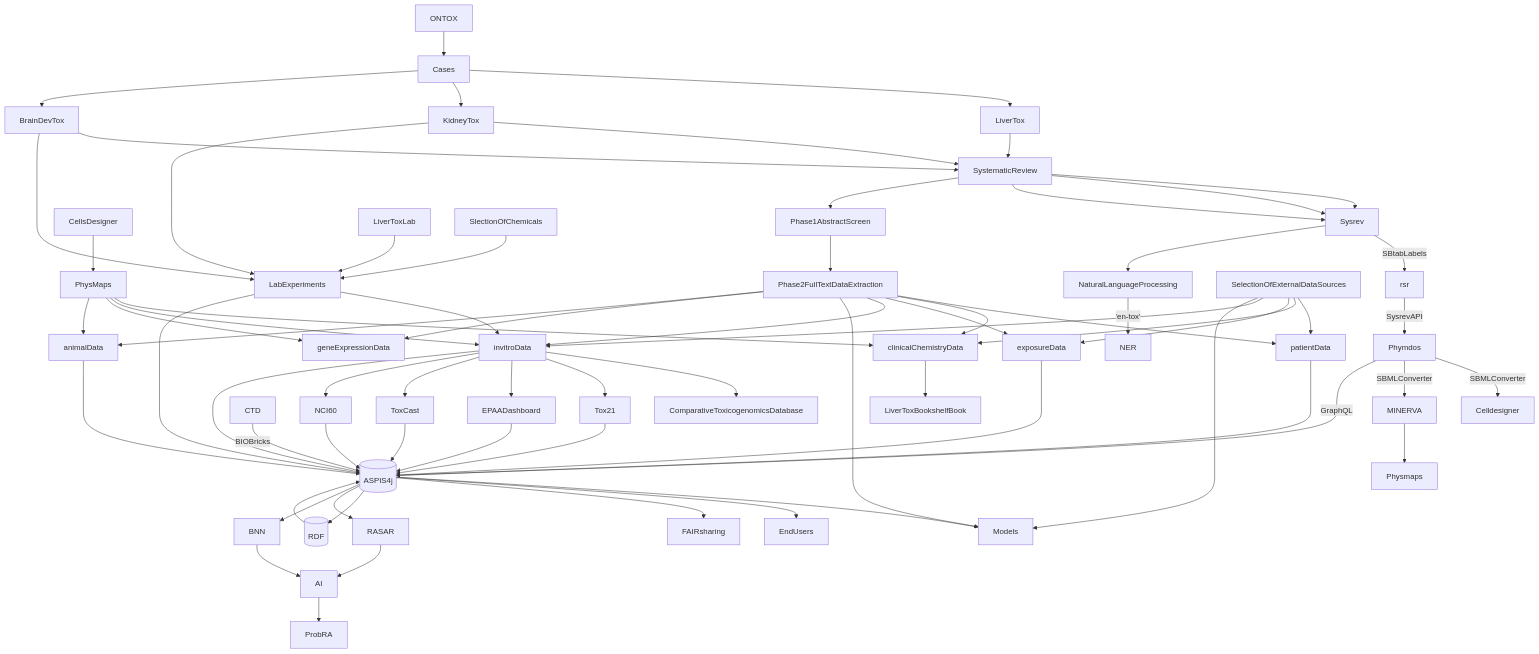
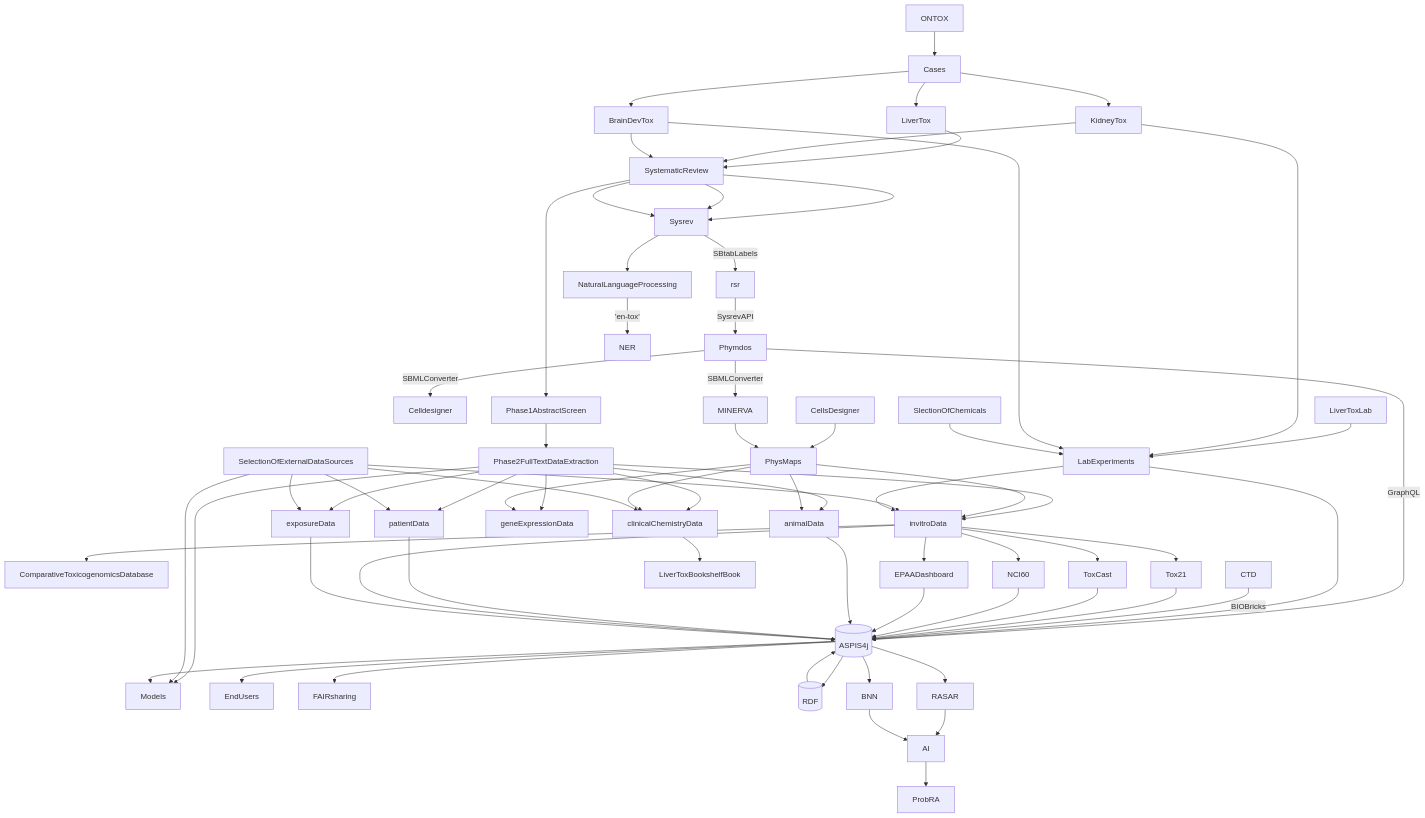
One commit to ontox-hu/workflows changed the diagram in WorkflowONTOX.md. Above: the diagram before and after it, drawn with Mermaid.

````diff
--- a/WorkflowONTOX.md
+++ b/WorkflowONTOX.md
@@ -1,84 +1,84 @@
 ```mermaid
 graph TD
   
   ONTOX-->Cases
 
   Cases-->LiverTox
   Cases-->KidneyTox
   Cases-->BrainDevTox
   
   LiverTox-->SystematicReview-->Sysrev
   KidneyTox-->SystematicReview-->Sysrev
   BrainDevTox-->SystematicReview-->Sysrev
   
   Sysrev-->|SBtabLabels| rsr
   rsr-->|SysrevAPI| Phymdos
   Phymdos-->|SBMLConverter| Celldesigner
   Phymdos-->|SBMLConverter| MINERVA
   Phymdos-->|GraphQL| ASPIS4j
   CellsDesigner-->PhysMaps
-  MINERVA-->Physmaps
+  MINERVA-->PhysMaps
   
   SystematicReview-->Phase1AbstractScreen
   Phase1AbstractScreen-->Phase2FullTextDataExtraction
   Sysrev-->NaturalLanguageProcessing
   NaturalLanguageProcessing-->|'en-tox'|NER
   NaturalLanguageProcessing
   
   Phase2FullTextDataExtraction-->patientData
   Phase2FullTextDataExtraction-->clinicalChemistryData
   Phase2FullTextDataExtraction-->exposureData
   Phase2FullTextDataExtraction-->invitroData
   Phase2FullTextDataExtraction-->Models
   Phase2FullTextDataExtraction-->geneExpressionData
   Phase2FullTextDataExtraction-->animalData
   
   PhysMaps-->clinicalChemistryData
   PhysMaps-->invitroData
   PhysMaps-->geneExpressionData
   PhysMaps-->animalData
   
   SelectionOfExternalDataSources-->patientData
   SelectionOfExternalDataSources-->clinicalChemistryData
   SelectionOfExternalDataSources-->exposureData
   SelectionOfExternalDataSources-->invitroData
   SelectionOfExternalDataSources-->Models
   
   LiverToxLab-->LabExperiments
   KidneyTox-->LabExperiments
   BrainDevTox-->LabExperiments-->invitroData
   
   SlectionOfChemicals-->LabExperiments
   LabExperiments-->ASPIS4j
   
   invitroData-->ComparativeToxicogenomicsDatabase
   CTD-->|BIOBricks|ASPIS4j
   invitroData-->Tox21
   invitroData-->EPAADashboard
   invitroData-->ToxCast
   invitroData-->NCI60
   
   clinicalChemistryData-->LiverToxBookshelfBook
  
   Tox21-->ASPIS4j[(ASPIS4j)]
   ToxCast-->ASPIS4j[(ASPIS4j)]
   NCI60-->ASPIS4j[(ASPIS4j)]
   EPAADashboard-->ASPIS4j[(ASPIS4j)]
   animalData-->ASPIS4j[(ASPIS4j)]
   patientData-->ASPIS4j[(ASPIS4j)]
   invitroData-->ASPIS4j[(ASPIS4j)]
   exposureData-->ASPIS4j[(ASPIS4j)]
   ASPIS4j[(ASPIS4j)]-->Models
   ASPIS4j[(ASPIS4j)]-->EndUsers
   ASPIS4j[(ASPIS4j)]-->FAIRsharing
   ASPIS4j[(ASPIS4j)]-->RDF
   RDF[(RDF)]-->ASPIS4j[(ASPIS4j)]
   
   ASPIS4j[(ASPIS4j)]-->RASAR
   ASPIS4j[(ASPIS4j)]-->BNN
   RASAR-->AI
   BNN-->AI
   AI-->ProbRA
   
   
 ```
````
